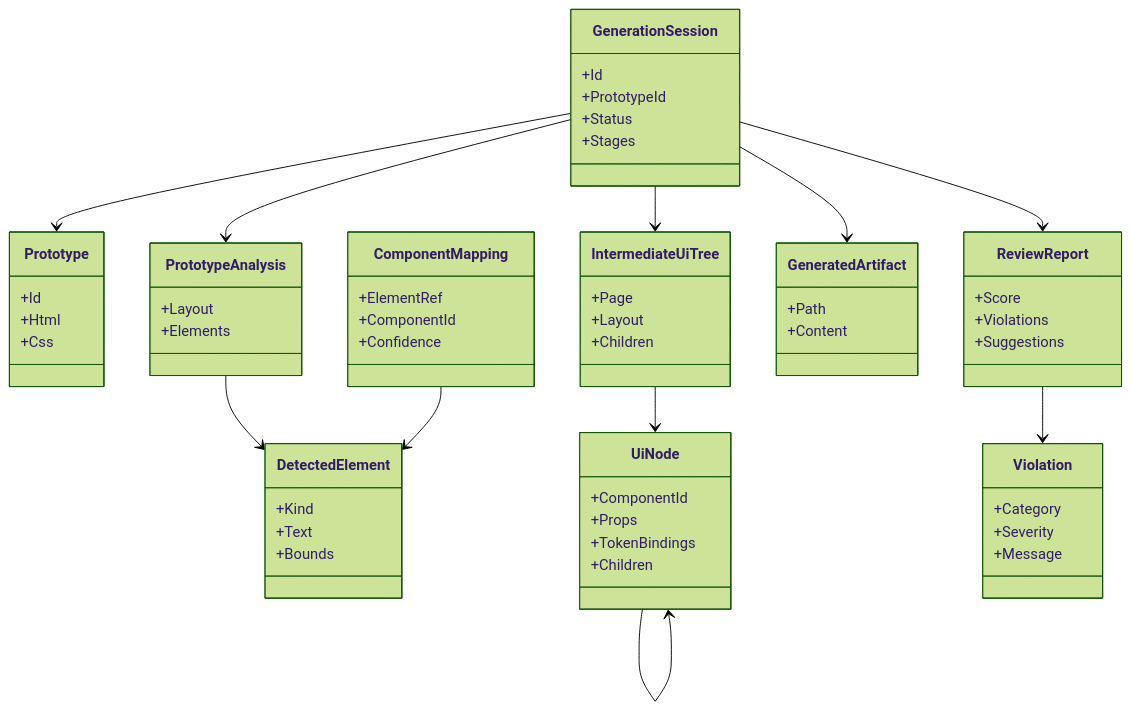
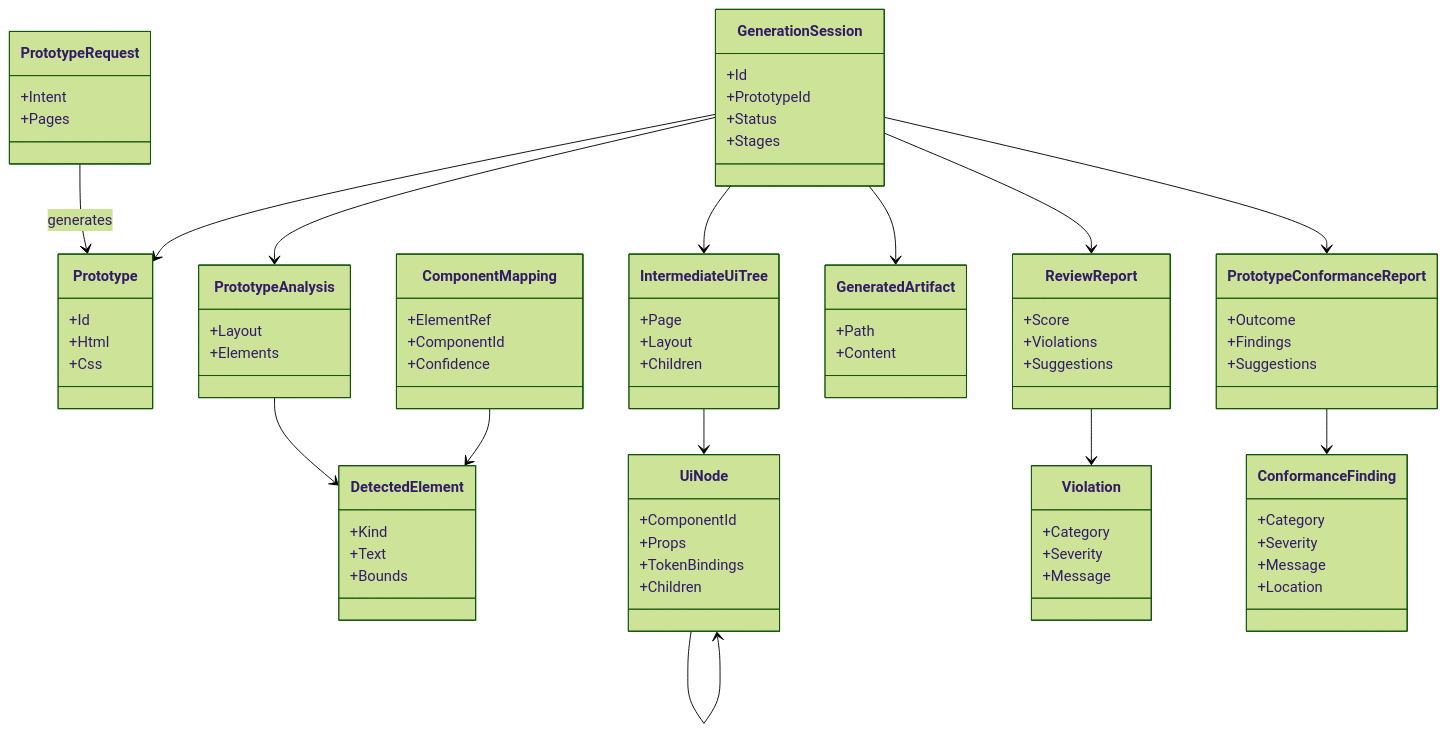
The first of 2 diagrams in Docs/00-foundation/04-domain-model.md (IsharaKumararathna/AI_FE_ENG), drawn with Mermaid (forest theme) before and after one commit. The commit also changed other lines of this file and 6 other files, not shown here.

Commit message:
Enhance documentation and testing strategy with detailed descriptions of prototype generation and conformance review processes, including updates to folder structure, domain model, API design, and sequence diagrams.

````diff
--- a/Docs/00-foundation/04-domain-model.md
+++ b/Docs/00-foundation/04-domain-model.md
@@ -33,63 +36,81 @@
 ```mermaid
 classDiagram
     class GenerationSession {
         +Id
         +PrototypeId
         +Status
         +Stages
     }
     class Prototype {
         +Id
         +Html
         +Css
     }
     class PrototypeAnalysis {
         +Layout
         +Elements
     }
     class DetectedElement {
         +Kind
         +Text
         +Bounds
     }
     class ComponentMapping {
         +ElementRef
         +ComponentId
         +Confidence
     }
     class IntermediateUiTree {
         +Page
         +Layout
         +Children
     }
     class UiNode {
         +ComponentId
         +Props
         +TokenBindings
         +Children
     }
     class GeneratedArtifact {
         +Path
         +Content
     }
     class ReviewReport {
         +Score
         +Violations
         +Suggestions
     }
     class Violation {
         +Category
         +Severity
         +Message
     }
+    class PrototypeRequest {
+        +Intent
+        +Pages
+    }
+    class PrototypeConformanceReport {
+        +Outcome
+        +Findings
+        +Suggestions
+    }
+    class ConformanceFinding {
+        +Category
+        +Severity
+        +Message
+        +Location
+    }
     GenerationSession --> Prototype
     GenerationSession --> PrototypeAnalysis
     GenerationSession --> IntermediateUiTree
     GenerationSession --> GeneratedArtifact
     GenerationSession --> ReviewReport
+    GenerationSession --> PrototypeConformanceReport
+    PrototypeRequest --> Prototype : generates
     PrototypeAnalysis --> DetectedElement
     ComponentMapping --> DetectedElement
     IntermediateUiTree --> UiNode
     UiNode --> UiNode
     ReviewReport --> Violation
+    PrototypeConformanceReport --> ConformanceFinding
 ```
````
